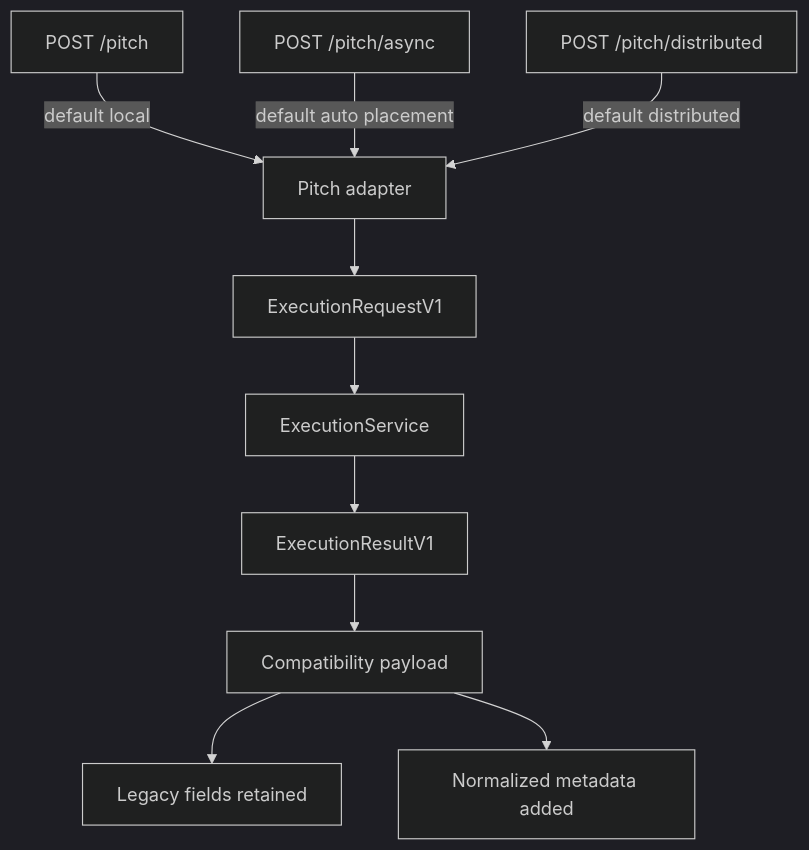
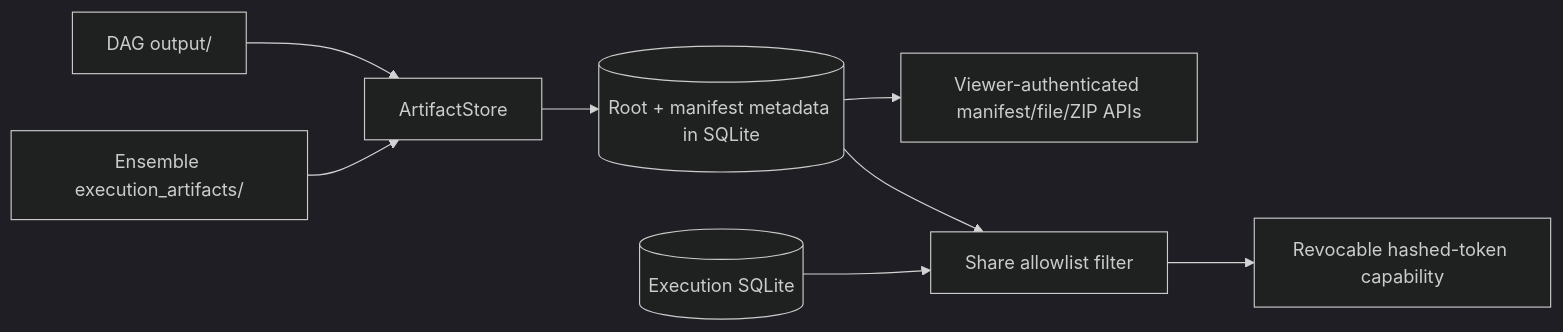
The eighth of 9 diagrams in docs/ARCHITECTURE.md (Jwrightsman/distributed-orchestrator), drawn with Mermaid (dark theme) before and after one commit. The commit also changed other lines of this file and 10 other files, not shown here.

````diff
--- a/docs/ARCHITECTURE.md
+++ b/docs/ARCHITECTURE.md
@@ -127,12 +208,10 @@
 ```mermaid
-flowchart TD
-    P1[POST /pitch] -->|default local| A[Pitch adapter]
-    P2[POST /pitch/async] -->|default auto placement| A
-    P3[POST /pitch/distributed] -->|default distributed| A
-    A --> R[ExecutionRequestV1]
-    R --> S[ExecutionService]
-    S --> N[ExecutionResultV1]
-    N --> C[Compatibility payload]
-    C --> L[Legacy fields retained]
-    C --> M[Normalized metadata added]
+flowchart LR
+    D[DAG output/] --> A[ArtifactStore]
+    E[Ensemble execution_artifacts/] --> A
+    A --> M[(Root + manifest metadata in SQLite)]
+    M --> V[Viewer-authenticated manifest/file/ZIP APIs]
+    M --> F[Share allowlist filter]
+    X[(Execution SQLite)] --> F
+    F --> T[Revocable hashed-token capability]
 ```
````
